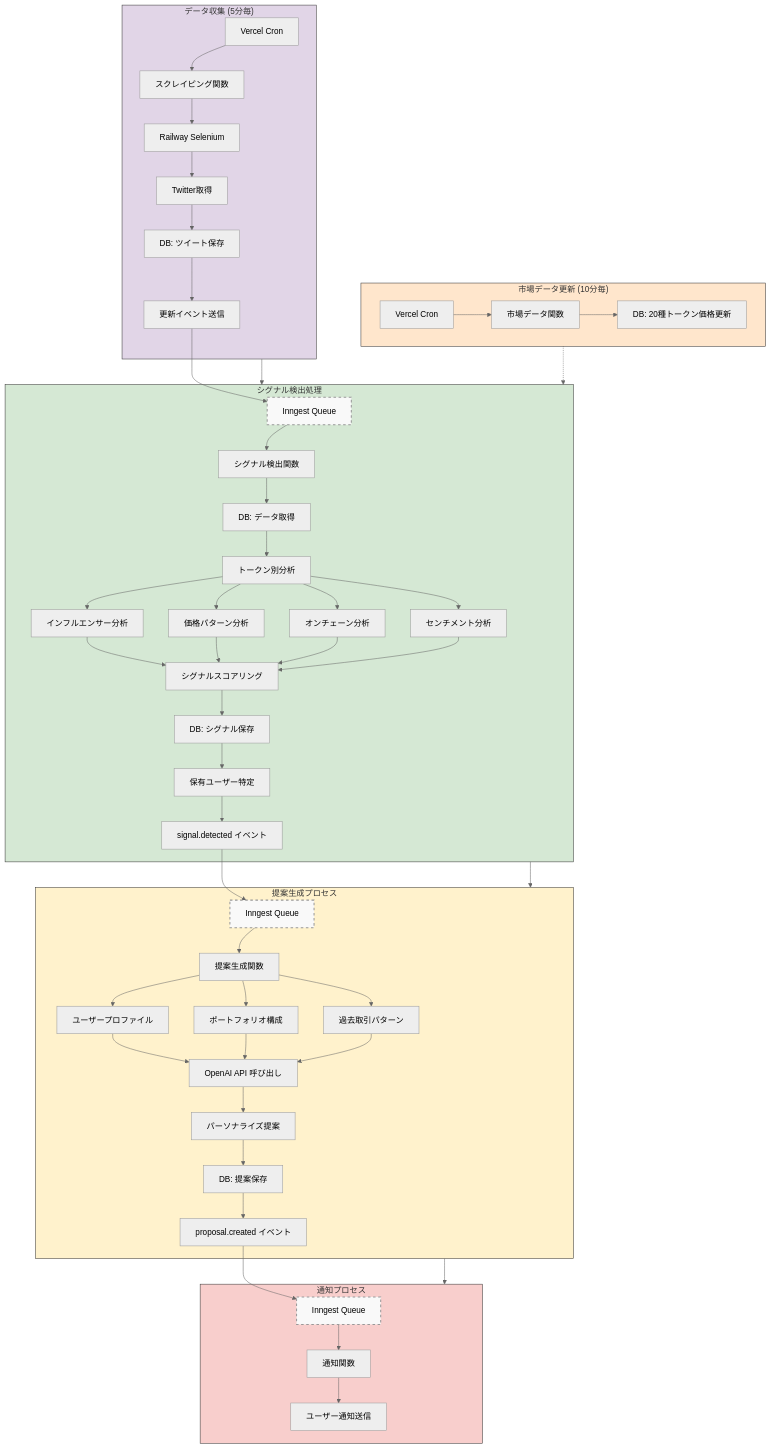
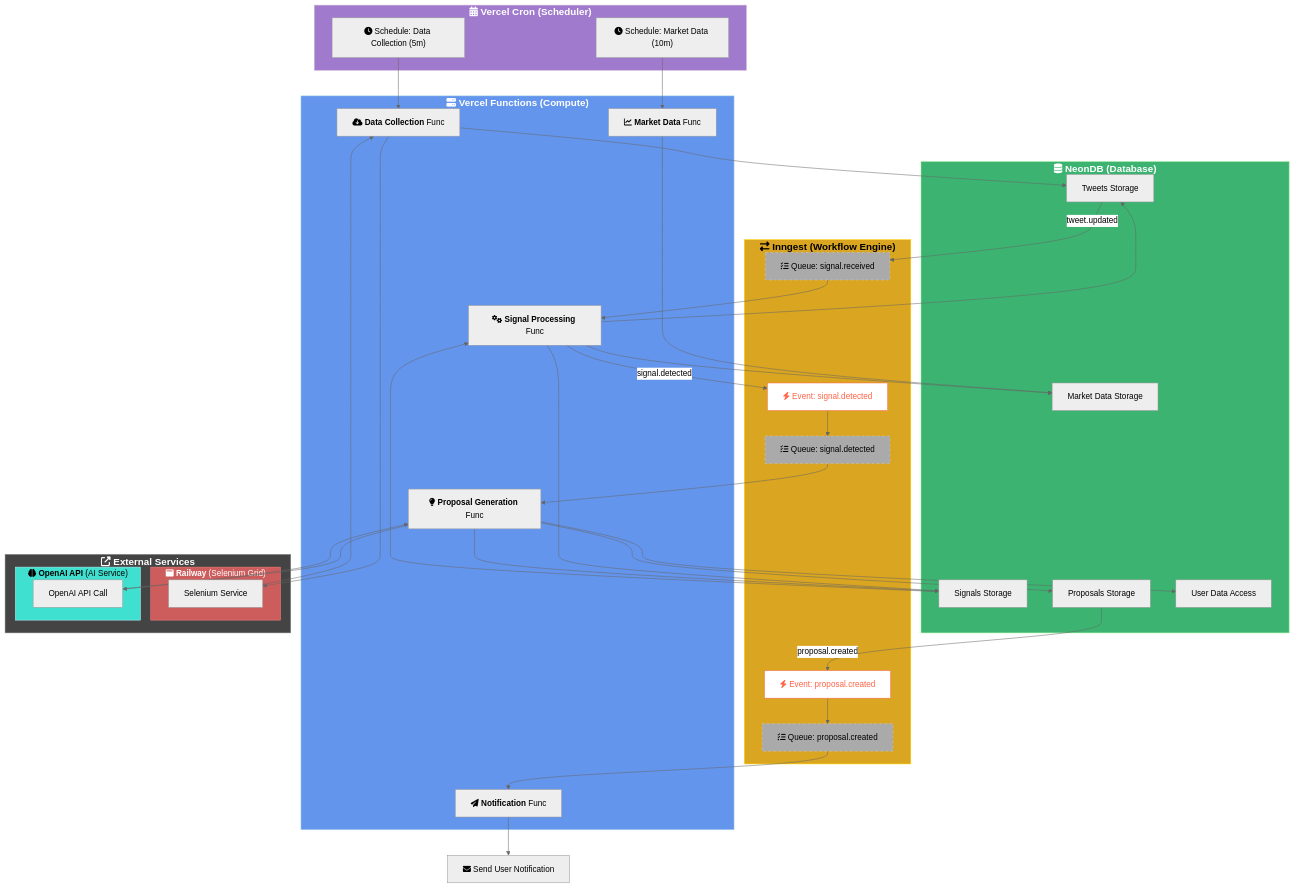
One commit to DaikoAI/daiko-ai-mvp-monorepo changed the diagram in docs/specs/batch-flow.md. Above: the diagram before and after it, drawn with Mermaid (neutral theme). The commit also changed 1 other file, not shown here.

Commit message:
fix: replace ogp

````diff
--- a/docs/specs/batch-flow.md
+++ b/docs/specs/batch-flow.md
@@ -5,79 +5,99 @@
 ```mermaid
 graph TD
-    %% データ収集プロセス
-    subgraph DataCollection["データ収集 (5分毎)"]
-        A[Vercel Cron] --> B[スクレイピング関数]
-        B --> C[Railway Selenium]
-        C --> D[Twitter取得]
-        D --> E[DB: ツイート保存]
-        E --> F[更新イベント送信]
+    %% --- Runtimes Definition ---
+    subgraph VercelCron ["<strong><big>fa:fa-calendar-alt Vercel Cron (Scheduler)</big></strong>"]
+        A_Cron["fa:fa-clock Schedule: Data Collection (5m)"]
+        Z_Cron["fa:fa-clock Schedule: Market Data (10m)"]
     end
 
-    %% 市場データ更新
-    subgraph MarketUpdate["市場データ更新 (10分毎)"]
-        Z[Vercel Cron] --> Y[市場データ関数]
-        Y --> X[DB: 20種トークン価格更新]
+    subgraph VercelFunctions ["<strong><big>fa:fa-server Vercel Functions (Compute)</big></strong>"]
+        B_DataCollectionFunc["fa:fa-cloud-download-alt <strong>Data Collection</strong> Func"]
+        Y_MarketDataFunc["fa:fa-chart-line <strong>Market Data</strong> Func"]
+        H_SignalProcessingFunc["fa:fa-cogs <strong>Signal Processing</strong> Func"]
+        Q_ProposalGenerationFunc["fa:fa-lightbulb <strong>Proposal Generation</strong> Func"]
+        X1_NotificationFunc["fa:fa-paper-plane <strong>Notification</strong> Func"]
     end
 
-    %% シグナル検出処理
-    subgraph SignalProcess["シグナル検出処理"]
-        F --> G[Inngest Queue]
-        G --> H[シグナル検出関数]
-        H --> I[DB: データ取得]
-        I --> J[トークン別分析]
-        J --> K1[インフルエンサー分析]
-        J --> K2[価格パターン分析]
-        J --> K3[オンチェーン分析]
-        J --> K4[センチメント分析]
-        K1 --> L[シグナルスコアリング]
-        K2 --> L
-        K3 --> L
-        K4 --> L
-        L --> M[DB: シグナル保存]
-        M --> N[保有ユーザー特定]
-        N --> O[signal.detected イベント]
+    subgraph Inngest ["<strong><big>fa:fa-exchange-alt Inngest (Workflow Engine)</big></strong>"]
+        ING_SignalQueue["fa:fa-tasks Queue: signal.received"]
+        ING_ProposalQueue["fa:fa-tasks Queue: signal.detected"]
+        ING_NotifyQueue["fa:fa-tasks Queue: proposal.created"]
+        ING_SignalEvent["fa:fa-bolt Event: signal.detected"]
+        ING_ProposalEvent["fa:fa-bolt Event: proposal.created"]
     end
 
-    %% 提案生成
-    subgraph ProposalGen["提案生成プロセス"]
-        O --> P[Inngest Queue]
-        P --> Q[提案生成関数]
-        Q --> R1[ユーザープロファイル]
-        Q --> R2[ポートフォリオ構成]
-        Q --> R3[過去取引パターン]
-        R1 --> S[OpenAI API 呼び出し]
-        R2 --> S
-        R3 --> S
-        S --> T[パーソナライズ提案]
-        T --> U[DB: 提案保存]
-        U --> V[proposal.created イベント]
+    subgraph NeonDB ["<strong><big>fa:fa-database NeonDB (Database)</big></strong>"]
+        DB_Tweets["Tweets Storage"]
+        DB_MarketData["Market Data Storage"]
+        DB_Signals["Signals Storage"]
+        DB_Proposals["Proposals Storage"]
+        DB_UserData["User Data Access"]
     end
 
-    %% 通知処理
-    subgraph Notification["通知プロセス"]
-        V --> W[Inngest Queue]
-        W --> X1[通知関数]
-        X1 --> Y1[ユーザー通知送信]
+    subgraph ExternalServices ["<strong><big>fa:fa-external-link-alt External Services</big></strong>"]
+        subgraph Railway ["<strong>fa:fa-window-maximize Railway</strong> (Selenium Grid)"]
+            C_Selenium["Selenium Service"]
+        end
+        subgraph OpenAI ["<strong>fa:fa-brain OpenAI API</strong> (AI Service)"]
+            S_OpenAICall["OpenAI API Call"]
+        end
     end
 
-    %% フロー接続
-    DataCollection --> SignalProcess
-    MarketUpdate -.-> SignalProcess
-    SignalProcess --> ProposalGen
-    ProposalGen --> Notification
+    %% --- Flows ---
 
-    %% スタイル
-    classDef collection fill:#e1d5e7,stroke:#333,stroke-width:1px;
-    classDef market fill:#ffe6cc,stroke:#333,stroke-width:1px;
-    classDef signal fill:#d5e8d4,stroke:#333,stroke-width:1px;
-    classDef proposal fill:#fff2cc,stroke:#333,stroke-width:1px;
-    classDef notify fill:#f8cecc,stroke:#333,stroke-width:1px;
-    classDef queue fill:#f9f9f9,stroke:#999,stroke-width:2px,stroke-dasharray:5 5;
+    %% Data Collection Flow
+    A_Cron --> B_DataCollectionFunc
+    B_DataCollectionFunc --> C_Selenium
+    C_Selenium --> B_DataCollectionFunc
+    %% Assuming func coordinates scraping
+    B_DataCollectionFunc --> DB_Tweets
+    DB_Tweets -- "tweet.updated" --> ING_SignalQueue
 
-    class DataCollection collection;
-    class MarketUpdate market;
-    class SignalProcess signal;
-    class ProposalGen proposal;
-    class Notification notify;
-    class G,P,W queue;
+    %% Market Data Update Flow
+    Z_Cron --> Y_MarketDataFunc
+    Y_MarketDataFunc --> DB_MarketData
+
+    %% Signal Detection Flow
+    ING_SignalQueue --> H_SignalProcessingFunc
+    H_SignalProcessingFunc --> DB_MarketData
+    H_SignalProcessingFunc --> DB_Tweets
+    H_SignalProcessingFunc --> DB_Signals
+    DB_Signals --> H_SignalProcessingFunc
+    H_SignalProcessingFunc -- "signal.detected" --> ING_SignalEvent
+    ING_SignalEvent --> ING_ProposalQueue
+
+    %% Proposal Generation Flow
+    ING_ProposalQueue --> Q_ProposalGenerationFunc
+    Q_ProposalGenerationFunc --> DB_Signals
+    Q_ProposalGenerationFunc --> DB_UserData
+    Q_ProposalGenerationFunc --> S_OpenAICall
+    S_OpenAICall --> Q_ProposalGenerationFunc
+    Q_ProposalGenerationFunc --> DB_Proposals
+    DB_Proposals -- "proposal.created" --> ING_ProposalEvent
+
+    %% Notification Flow
+    ING_ProposalEvent --> ING_NotifyQueue
+    ING_NotifyQueue --> X1_NotificationFunc
+    X1_NotificationFunc --> SendNotify["fa:fa-envelope Send User Notification"]
+
+    %% --- Styling (Dark Mode Friendly) ---
+    classDef VercelCron fill:#A07ACC,stroke:#D8BFD8,color:#fff;
+    classDef VercelFunctions fill:#6495ED,stroke:#ADD8E6,color:#fff;
+    classDef Inngest fill:#DAA520,stroke:#FFD700,color:#000;
+    classDef NeonDB fill:#3CB371,stroke:#90EE90,color:#fff;
+    classDef ExternalServices fill:#444,stroke:#888,color:#fff;
+    classDef Railway fill:#CD5C5C,stroke:#F08080,color:#fff;
+    classDef OpenAI fill:#40E0D0,stroke:#AFEEEE,color:#000;
+    classDef Queue fill:#aaa,stroke:#ccc,color:#000,stroke-dasharray: 5 5;
+    classDef Event fill:#fff,stroke:#FF6347,color:#FF6347;
+
+    class VercelCron VercelCron;
+    class VercelFunctions VercelFunctions;
+    class Inngest Inngest;
+    class NeonDB NeonDB;
+    class ExternalServices ExternalServices;
+    class Railway Railway;
+    class OpenAI OpenAI;
+    class ING_SignalQueue,ING_ProposalQueue,ING_NotifyQueue Queue;
+    class ING_SignalEvent,ING_ProposalEvent Event;
 ```
````
